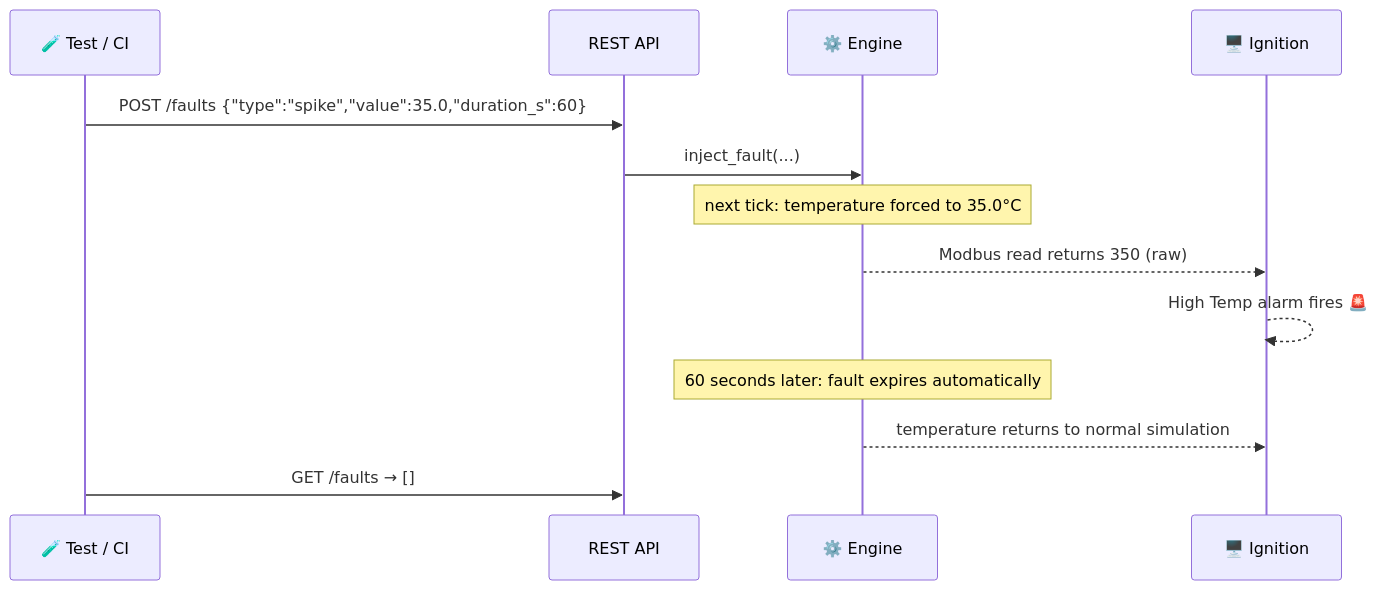
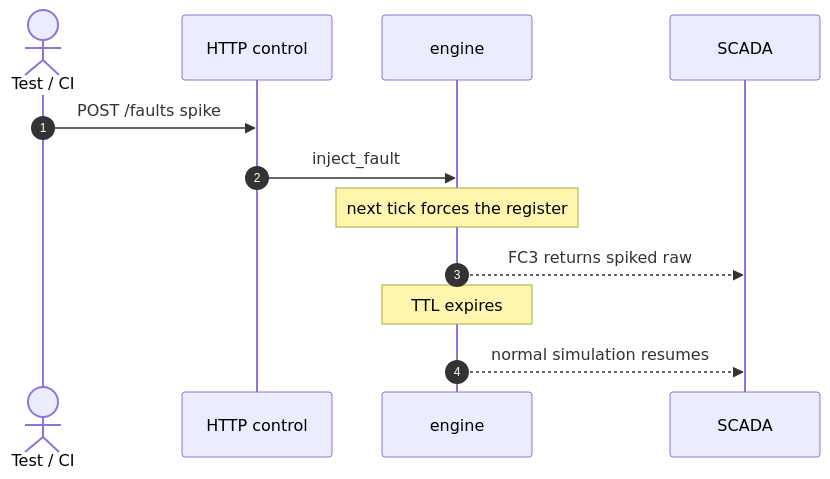
One commit to obsidia-systems/simbus changed the fourth of 5 diagrams in README.md. Above: the diagram before and after it, drawn with Mermaid. The commit also changed other lines of this file and 15 other files, not shown here.

````diff
--- a/README.md
+++ b/README.md
@@ -376,16 +370,14 @@
 ```mermaid
 sequenceDiagram
-    participant Test as 🧪 Test / CI
-    participant API as REST API
-    participant Engine as ⚙️ Engine
-    participant SCADA as 🖥️ Ignition
-
-    Test->>API: POST /faults {"type":"spike","value":35.0,"duration_s":60}
-    API->>Engine: inject_fault(...)
-    Note over Engine: next tick: temperature forced to 35.0°C
-    Engine-->>SCADA: Modbus read returns 350 (raw)
-    SCADA-->>SCADA: High Temp alarm fires 🚨
-    Note over Engine: 60 seconds later: fault expires automatically
-    Engine-->>SCADA: temperature returns to normal simulation
-    Test->>API: GET /faults → []
+    autonumber
+    actor Test as Test / CI
+    participant API as HTTP control
+    participant Engine as engine
+    participant SCADA as SCADA
+    Test->>API: POST /faults spike
+    API->>Engine: inject_fault
+    Note over Engine: next tick forces the register
+    Engine-->>SCADA: FC3 returns spiked raw
+    Note over Engine: TTL expires
+    Engine-->>SCADA: normal simulation resumes
 ```
````
